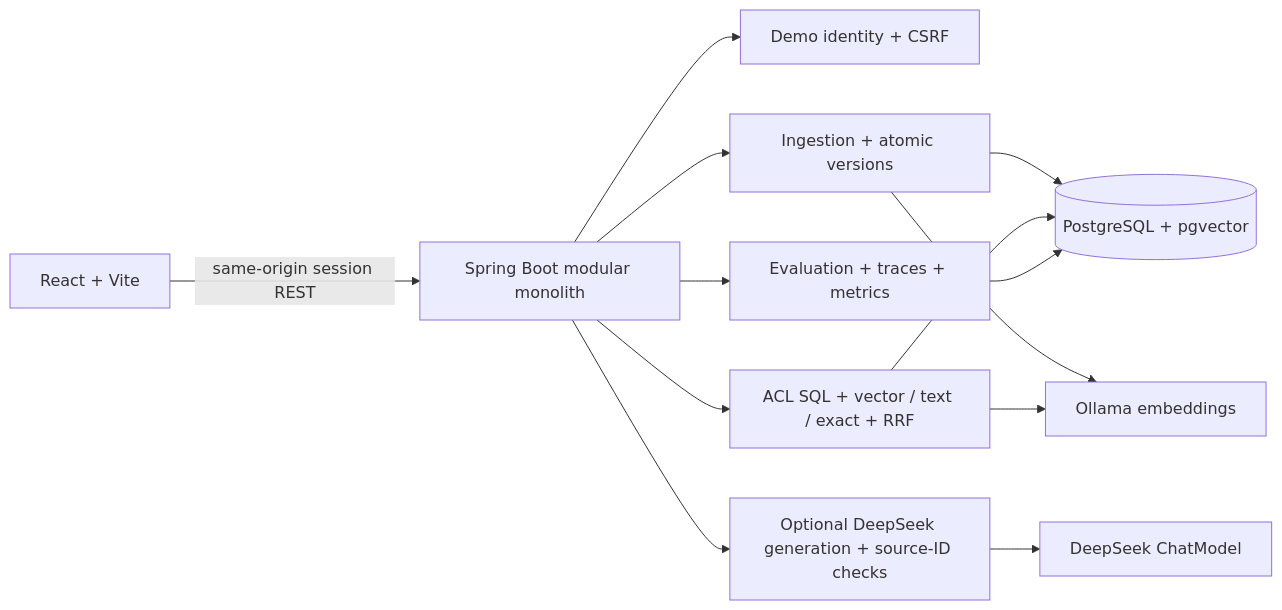
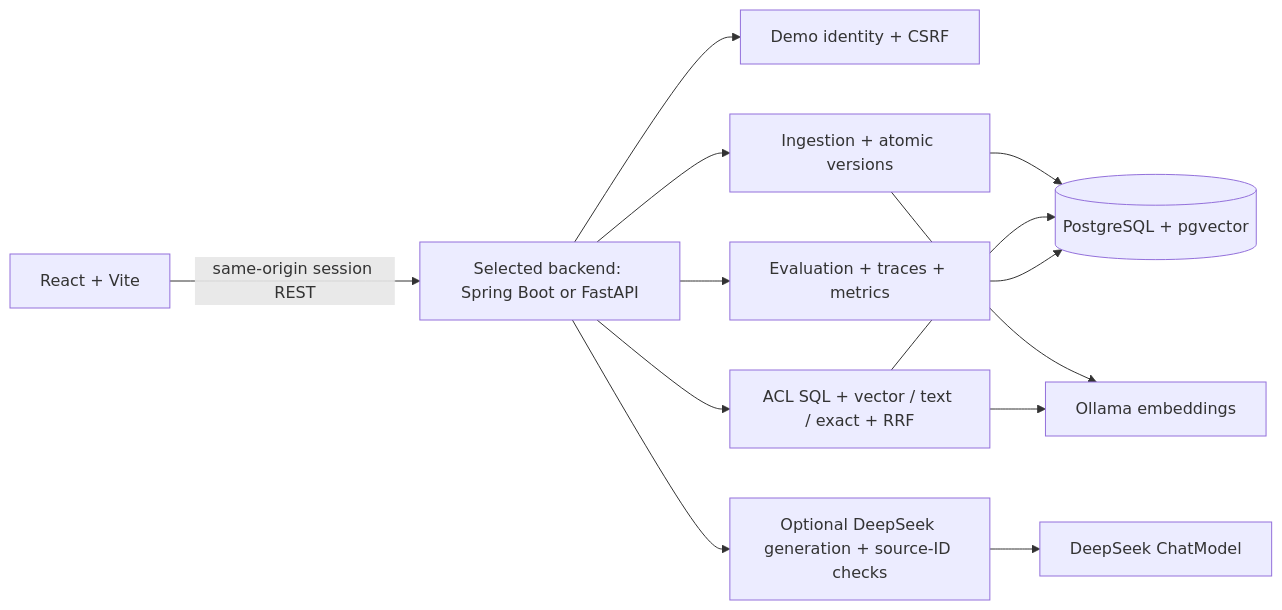
Before and after one commit to chen3862000-coder/enterprise-rag-assistant: the diagram in README.md, drawn with Mermaid. The commit also changed other lines of this file and 46 other files, not shown here.

````diff
--- a/README.md
+++ b/README.md
@@ -28,15 +30,15 @@
 ```mermaid
 flowchart LR
-  UI[React + Vite] -->|same-origin session REST| API[Spring Boot modular monolith]
+  UI[React + Vite] -->|same-origin session REST| API[Selected backend: Spring Boot or FastAPI]
   API --> SEC[Demo identity + CSRF]
   API --> ING[Ingestion + atomic versions]
   API --> RET[ACL SQL + vector / text / exact + RRF]
   API --> GEN[Optional DeepSeek generation + source-ID checks]
   API --> OBS[Evaluation + traces + metrics]
   ING --> DB[(PostgreSQL + pgvector)]
   RET --> DB
   OBS --> DB
   ING --> OLLAMA[Ollama embeddings]
   RET --> OLLAMA
   GEN --> DEEPSEEK[DeepSeek ChatModel]
 ```
````
